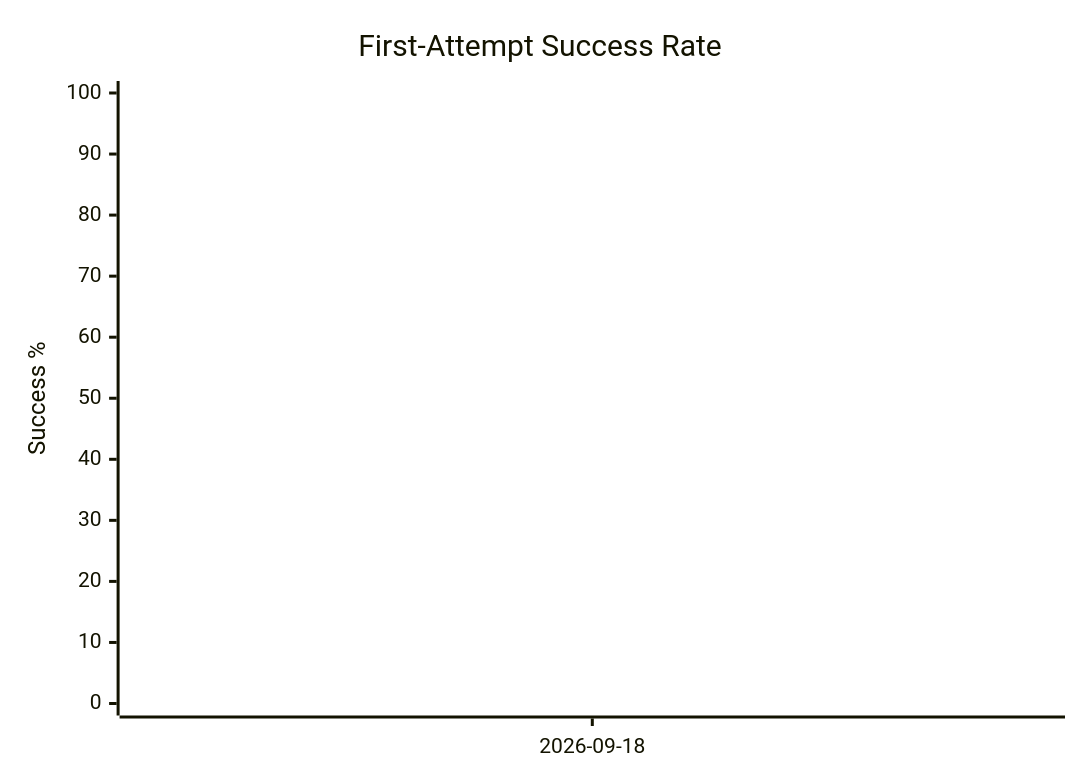
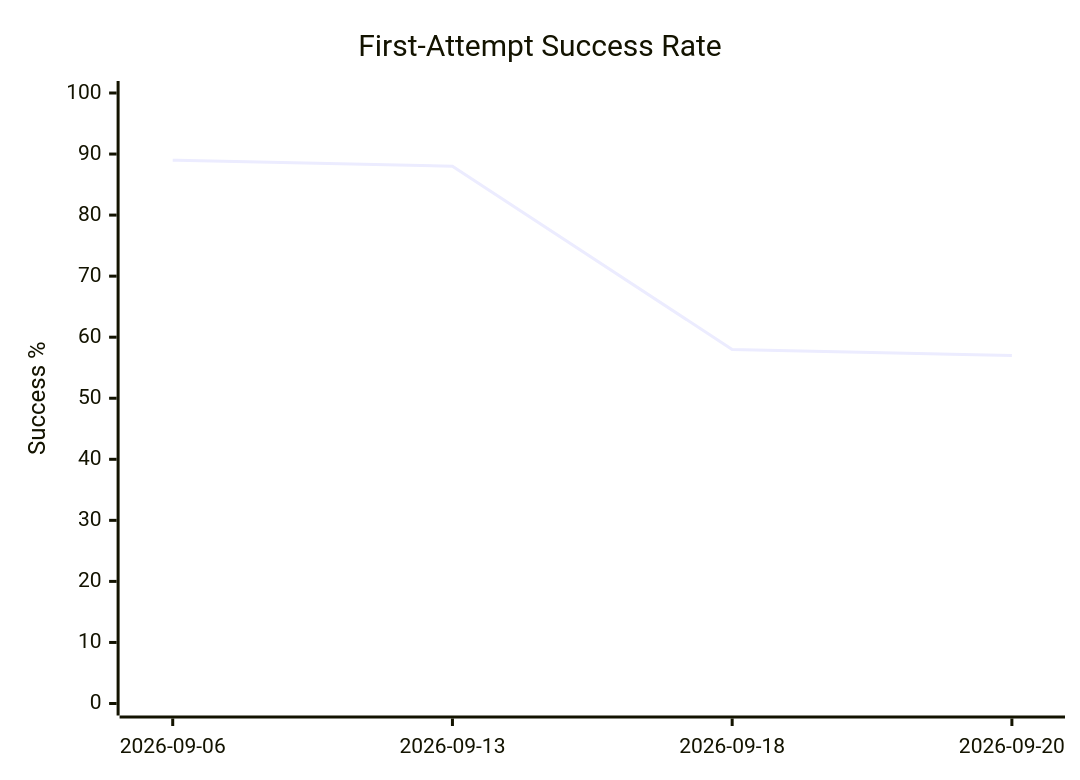
One commit to Sanctum-Origo-Systems/autoloop changed the first of 3 diagrams in EVAL.md. Above: the diagram before and after it, drawn with Mermaid. The commit also changed other lines of this file, not shown here.

````diff
--- a/EVAL.md
+++ b/EVAL.md
@@ -24,7 +27,7 @@
 ```mermaid
 xychart-beta
     title "First-Attempt Success Rate"
-    x-axis ["2026-09-18"]
+    x-axis ["2026-09-06", "2026-09-13", "2026-09-18", "2026-09-20"]
     y-axis "Success %" 0 --> 100
-    line [58]
+    line [89, 88, 58, 57]
 ```
````
